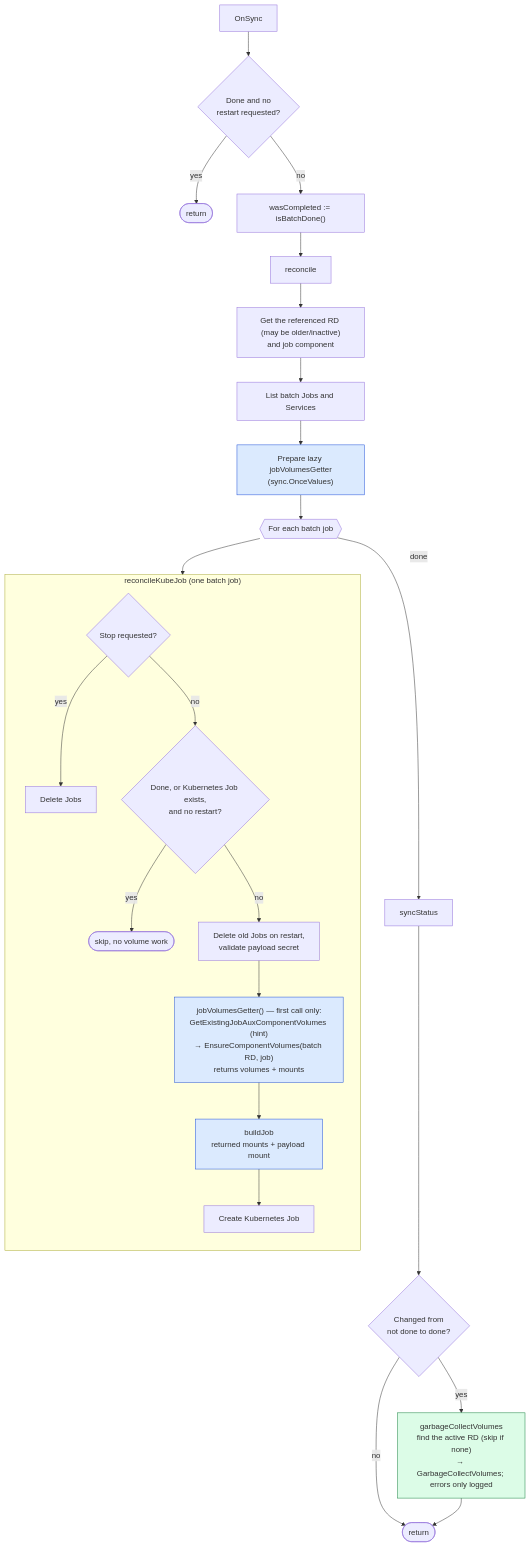
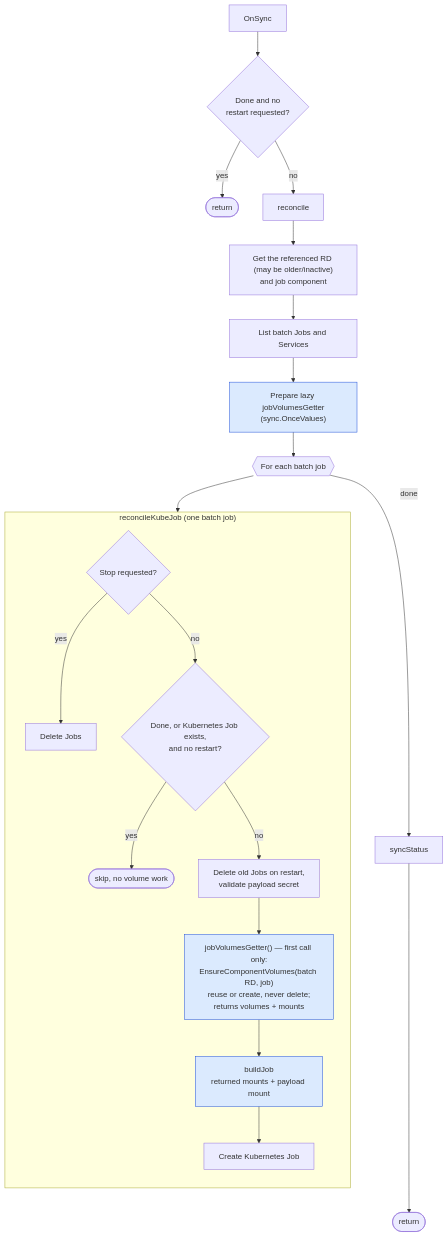
One commit to equinor/radix-operator changed the fourth of 6 diagrams in pkg/apis/volumemount/README.md. Above: the diagram before and after it, drawn with Mermaid. The commit also changed other lines of this file and 52 other files, not shown here.

````diff
--- a/pkg/apis/volumemount/README.md
+++ b/pkg/apis/volumemount/README.md
@@ -279,35 +256,30 @@
 ```mermaid
 flowchart TD
     A["OnSync"] --> B{"Done and no<br/>restart requested?"}
     B -->|yes| Z(["return"])
-    B -->|no| W["wasCompleted := isBatchDone()"]
-    W --> R["reconcile"]
+    B -->|no| R["reconcile"]
     R --> R1["Get the referenced RD (may be older/inactive)<br/>and job component"]
     R1 --> R2["List batch Jobs and Services"]
     R2 --> R3["Prepare lazy jobVolumesGetter<br/>(sync.OnceValues)"]:::vol
     R3 --> L{{"For each batch job"}}
 
     subgraph job ["reconcileKubeJob (one batch job)"]
         direction TB
         J0{"Stop requested?"}
         J1{"Done, or Kubernetes Job exists,<br/>and no restart?"}
         J2["Delete old Jobs on restart,<br/>validate payload secret"]
-        J3["jobVolumesGetter() — first call only:<br/>GetExistingJobAuxComponentVolumes (hint)<br/>→ EnsureComponentVolumes(batch RD, job)<br/>returns volumes + mounts"]:::vol
+        J3["jobVolumesGetter() — first call only:<br/>EnsureComponentVolumes(batch RD, job)<br/>reuse or create, never delete;<br/>returns volumes + mounts"]:::vol
         J4["buildJob<br/>returned mounts + payload mount"]:::vol
         J5["Create Kubernetes Job"]
         J0 -->|yes| JD["Delete Jobs"]
         J0 -->|no| J1
         J1 -->|yes| JS(["skip, no volume work"])
         J1 -->|no| J2 --> J3 --> J4 --> J5
     end
 
     L --> J0
     L -->|done| S["syncStatus"]
-    S --> T{"Changed from<br/>not done to done?"}
-    T -->|no| E(["return"])
-    T -->|yes| GC["garbageCollectVolumes<br/>find the active RD (skip if none)<br/>→ GarbageCollectVolumes; errors only logged"]:::gc
-    GC --> E
+    S --> E(["return"])
 
     classDef vol fill:#dbeafe,stroke:#1d4ed8
-    classDef gc fill:#dcfce7,stroke:#15803d
 ```
````
